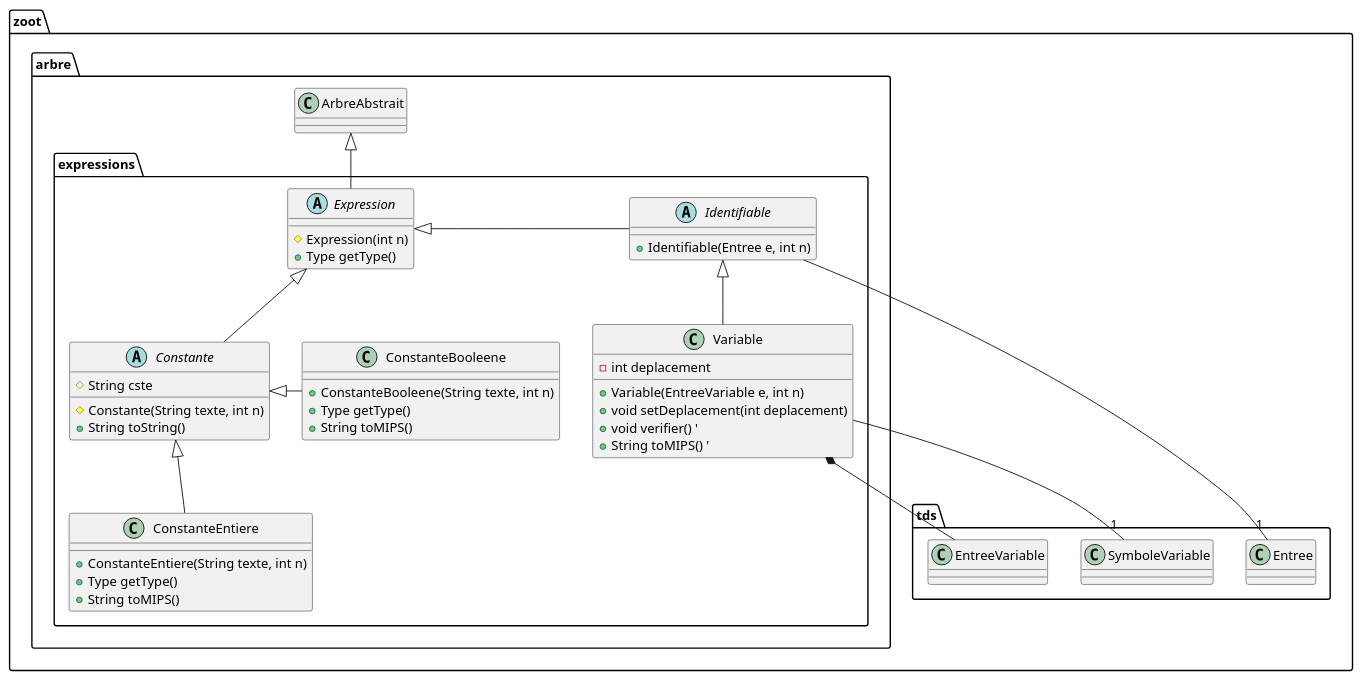
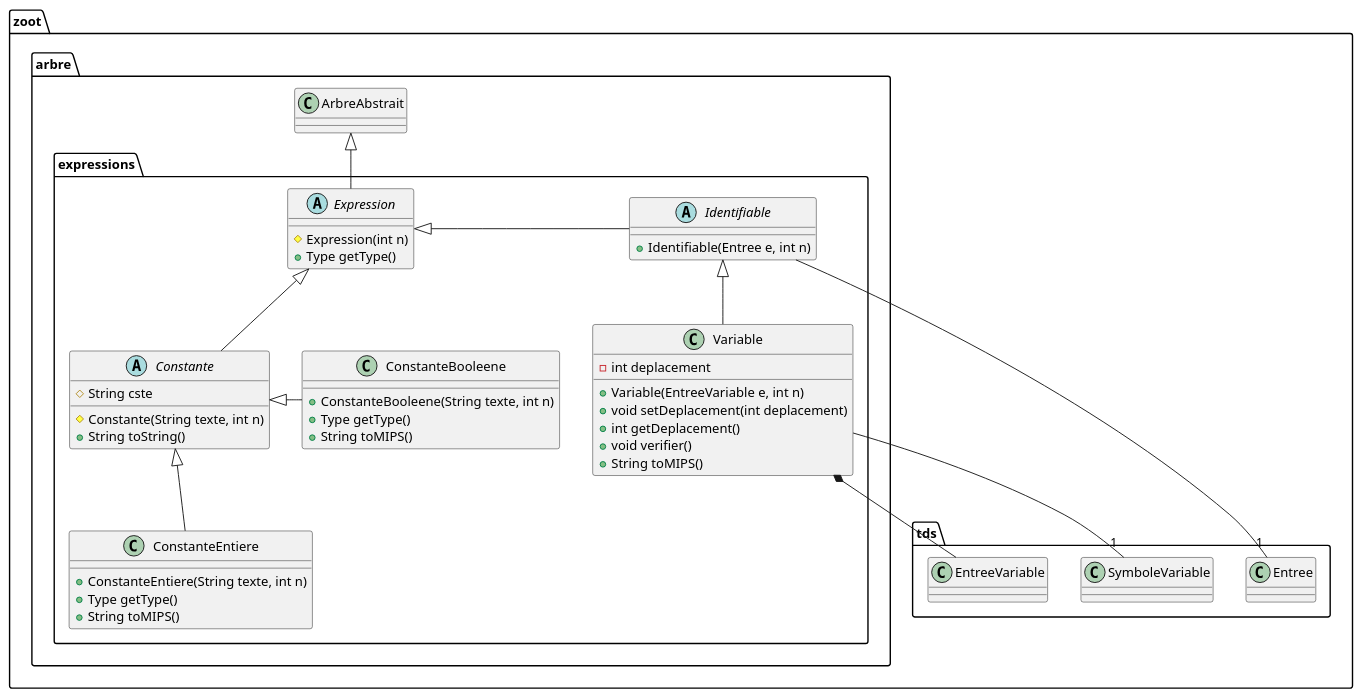
The diagram in diagrammes/classe/expressions.puml (lmtb06/zoot), drawn with PlantUML before and after one commit. The commit also changed 7 other files, not shown here.

```diff
--- a/diagrammes/classe/expressions.puml
+++ b/diagrammes/classe/expressions.puml
@@ -1,51 +1,52 @@
 @startuml "Package expressions"
 namespace zoot.arbre.expressions {
     ' Includes
     ' Classes
     abstract class Expression {
         # Expression(int n)
         + Type getType()
     }
 
     abstract class Constante {
         # String cste
         # Constante(String texte, int n)
         + String toString()
     }
 
     class ConstanteEntiere {
         + ConstanteEntiere(String texte, int n)
         + Type getType()
         + String toMIPS()
     }
 
     class ConstanteBooleene {
         + ConstanteBooleene(String texte, int n)
         + Type getType()
         + String toMIPS()
 
     }
 
     abstract class Identifiable {
         + Identifiable(Entree e, int n)
     }
 
     class Variable {
         - int deplacement
         + Variable(EntreeVariable e, int n)
         + void setDeplacement(int deplacement)
-        + void verifier() '
-        + String toMIPS() '
+        + int getDeplacement()
+        + void verifier()
+        + String toMIPS()
     }
     ' Relations entre les classes
     Expression -up-|> zoot.arbre.ArbreAbstrait
     Constante -up-|> Expression
     ConstanteEntiere -up-|> Constante
     ConstanteBooleene -right-|> Constante
     Identifiable --"1" zoot.tds.Entree
     Identifiable -right-|> Expression
     Variable -up-|> Identifiable
     Variable --"1" zoot.tds.SymboleVariable
     Variable *-- zoot.tds.EntreeVariable
 }
 @enduml
```
